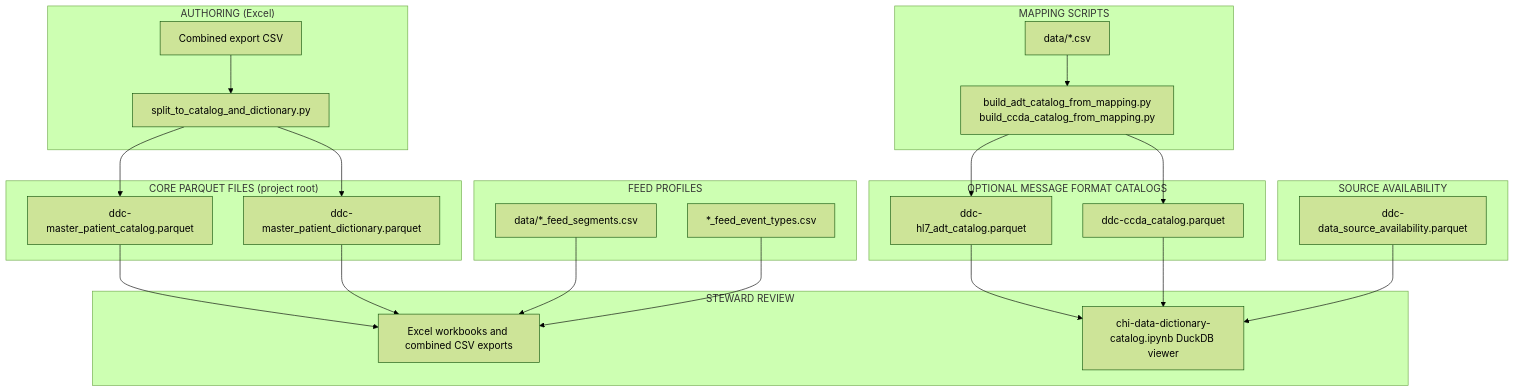
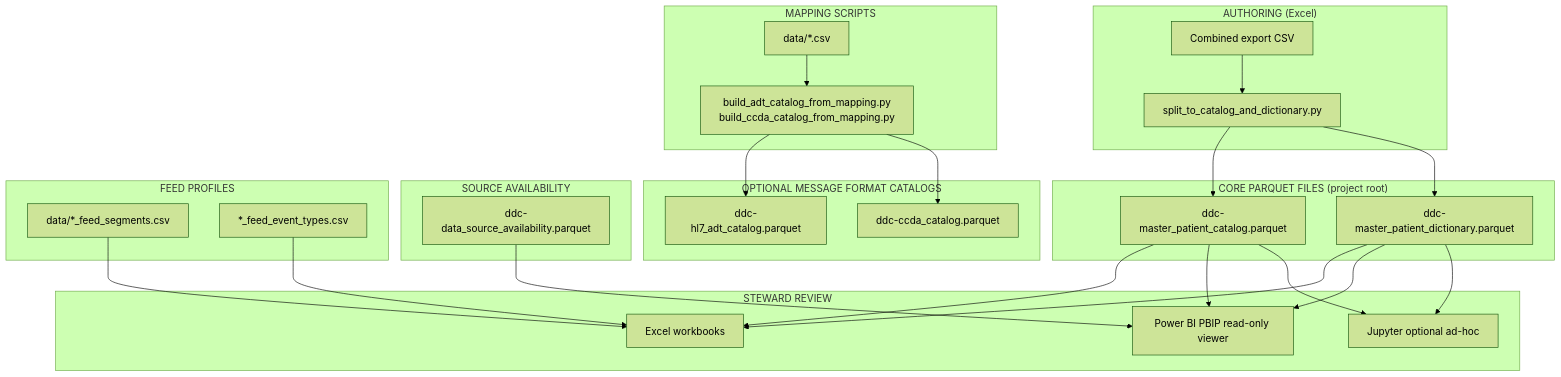
Before and after one commit to ajayprashar/chi-data-dictionary-catalog: the first of 3 diagrams in TECH-SPEC.md, drawn with Mermaid (forest theme). The commit also changed other lines of this file and 65 other files, not shown here.

````diff
--- a/TECH-SPEC.md
+++ b/TECH-SPEC.md
@@ -383,50 +383,53 @@
 ```mermaid
 flowchart TB
     subgraph Authoring["AUTHORING (Excel)"]
         Excel["Combined export CSV"]
         Split["split_to_catalog_and_dictionary.py"]
     end
 
     subgraph Core["CORE PARQUET FILES (project root)"]
         Catalog["ddc-master_patient_catalog.parquet"]
         Dictionary["ddc-master_patient_dictionary.parquet"]
     end
 
     subgraph Mapping["MAPPING SCRIPTS"]
         DataCSV["data/*.csv"]
         Build["build_adt_catalog_from_mapping.py<br/>build_ccda_catalog_from_mapping.py"]
     end
 
     subgraph OptionalCatalogs["OPTIONAL MESSAGE FORMAT CATALOGS"]
         ADT["ddc-hl7_adt_catalog.parquet"]
         CCDA["ddc-ccda_catalog.parquet"]
     end
 
     subgraph Availability["SOURCE AVAILABILITY"]
         Avail["ddc-data_source_availability.parquet"]
     end
 
     subgraph FeedProfiles["FEED PROFILES"]
         Segments["data/*_feed_segments.csv"]
         Events["*_feed_event_types.csv"]
     end
 
     subgraph Review["STEWARD REVIEW"]
-        ExcelReview["Excel workbooks and combined CSV exports"]
-        Notebook["chi-data-dictionary-catalog.ipynb DuckDB viewer"]
+        ExcelReview["Excel workbooks"]
+        PBI["Power BI PBIP read-only viewer"]
+        Notebook["Jupyter optional ad-hoc"]
     end
 
     Excel --> Split
     Split --> Catalog
     Split --> Dictionary
     DataCSV --> Build
     Build --> ADT
     Build --> CCDA
     Catalog --> ExcelReview
     Dictionary --> ExcelReview
-    ADT --> Notebook
-    CCDA --> Notebook
-    Avail --> Notebook
+    Catalog --> PBI
+    Dictionary --> PBI
+    Avail --> PBI
+    Catalog --> Notebook
+    Dictionary --> Notebook
     Segments --> ExcelReview
     Events --> ExcelReview
 ```
````
